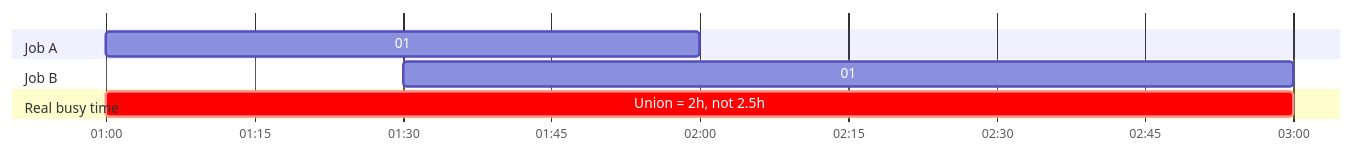
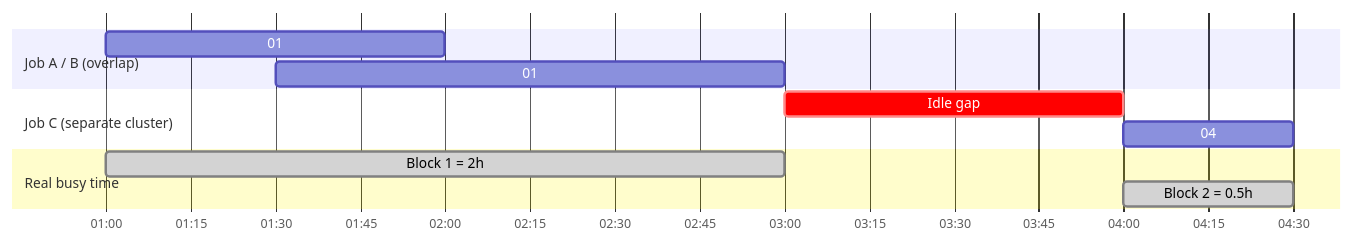
One commit to ayum321/PE_Dashboard changed the fifth of 9 diagrams in PE_Dashboard_Presentation.md. Above: the diagram before and after it, drawn with Mermaid. The commit also changed other lines of this file, not shown here.

First line of the commit message:
Fix busy-time example arithmetic + confirm CRS scope and block-gap constant

````diff
--- a/PE_Dashboard_Presentation.md
+++ b/PE_Dashboard_Presentation.md
@@ -317,11 +317,14 @@
 ```mermaid
 gantt
     dateFormat HH:mm
     axisFormat %H:%M
-    section Job A
+    section Job A / B (overlap)
     01:00 - 02:00 (1h)      :a1, 01:00, 02:00
-    section Job B
     01:30 - 03:00 (1.5h)    :a2, 01:30, 03:00
+    section Job C (separate cluster)
+    Idle gap                :crit, 03:00, 04:00
+    04:00 - 04:30 (0.5h)    :a3, 04:00, 04:30
     section Real busy time
-    Union = 2h, not 2.5h    :crit, a3, 01:00, 03:00
+    Block 1 = 2h            :done, b1, 01:00, 03:00
+    Block 2 = 0.5h          :done, b2, 04:00, 04:30
 ```
````
